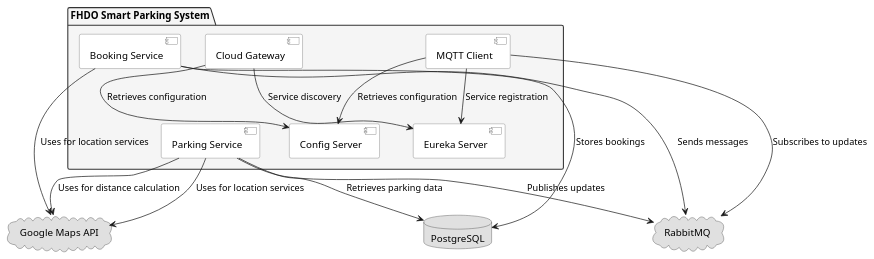
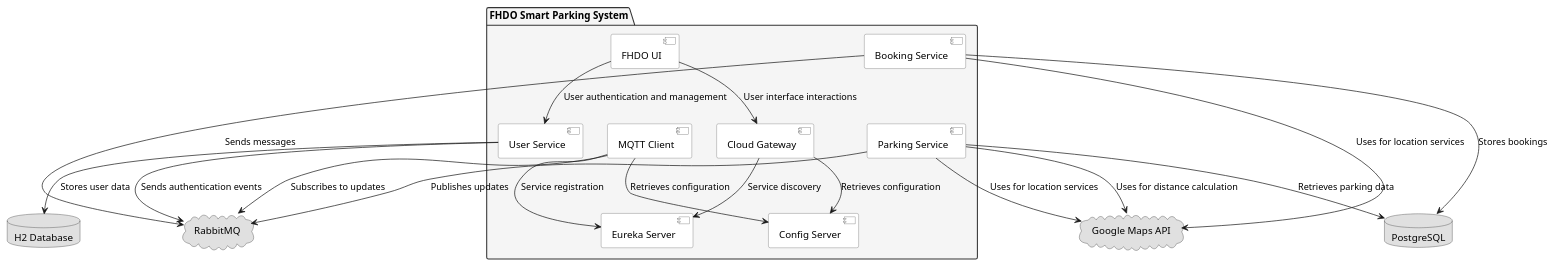
One commit to MohamedAbdulmaksoud/fhdo-smart-parking changed the diagram in static/services.puml. Above: the diagram before and after it, drawn with PlantUML. The commit also changed 76 other files, not shown here.

```diff
--- a/static/services.puml
+++ b/static/services.puml
@@ -1,48 +1,55 @@
 @startuml
 ' Define styles for better visuals
 skinparam package {
     BackgroundColor #F5F5F5
     BorderColor #333333
 }
 skinparam component {
     BackgroundColor #FFFFFF
     BorderColor #666666
 }
 skinparam cloud {
     BackgroundColor #E0E0E0
     BorderColor #333333
 }
 skinparam database {
     BackgroundColor #E0E0E0
     BorderColor #333333
 }
 
 cloud "Google Maps API" as GMaps
 database "PostgreSQL" as PostgreSQL
+database "H2 Database" as H2DB
 cloud "RabbitMQ" as RabbitMQ
 
 package "FHDO Smart Parking System" {
     [Booking Service] as Booking
     [Parking Service] as Parking
     [Eureka Server] as Eureka
     [Cloud Gateway] as Gateway
     [Config Server] as Config
     [MQTT Client] as MQTT
+    [User Service] as UserService
+    [FHDO UI] as UI
 }
 
 Booking -[hidden]-> Parking
 Booking --> RabbitMQ : Sends messages
 Booking --> PostgreSQL : Stores bookings
 Parking --> RabbitMQ : Publishes updates
 Parking --> PostgreSQL : Retrieves parking data
 Parking --> GMaps : Uses for distance calculation
 MQTT --> RabbitMQ : Subscribes to updates
 Gateway --> Eureka : Service discovery
 Gateway --> Config : Retrieves configuration
 MQTT --> Eureka : Service registration
 MQTT --> Config : Retrieves configuration
 
 Booking --> GMaps : Uses for location services
 Parking --> GMaps : Uses for location services
 
+UserService --> H2DB : Stores user data
+UserService --> RabbitMQ : Sends authentication events
+UI --> Gateway : User interface interactions
+UI --> UserService : User authentication and management
 @enduml
```
